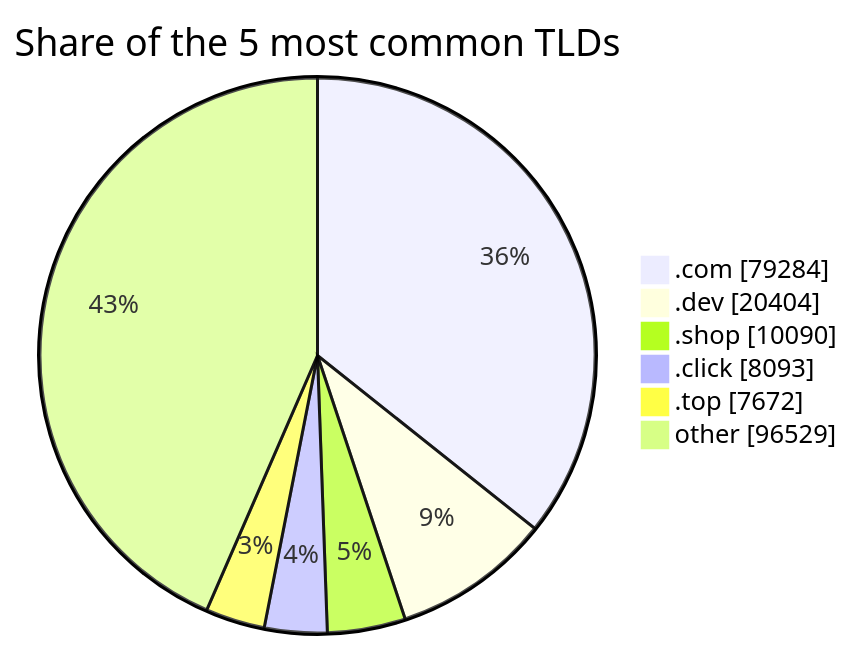
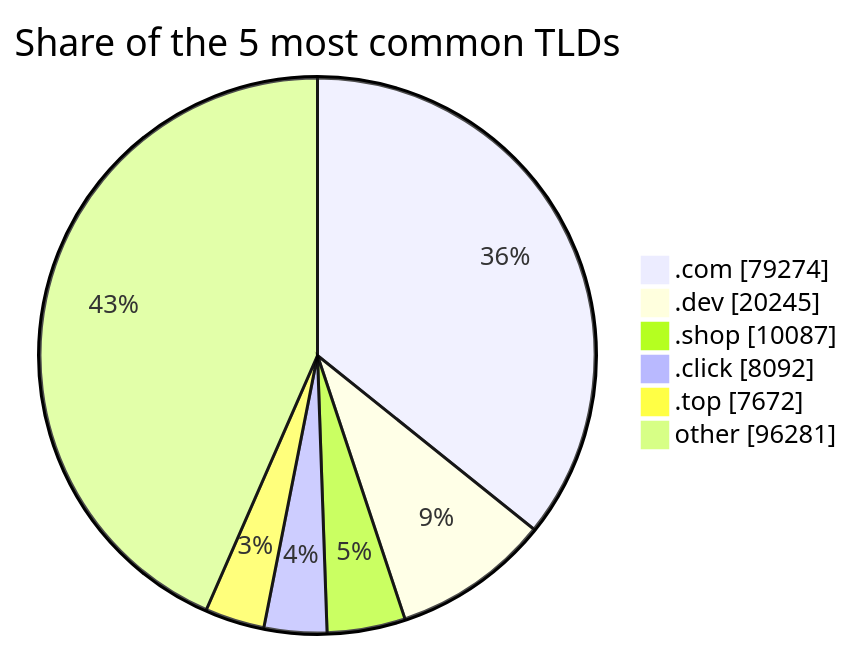
Before and after one commit to DNSBunker/CTI: the third of 3 diagrams in README.md, drawn with Mermaid. The commit also changed other lines of this file and 3 other files, not shown here.

````diff
--- a/README.md
+++ b/README.md
@@ -81,9 +81,9 @@
 ```mermaid
 pie showData title Share of the 5 most common TLDs
-    ".com" : 79284
-    ".dev" : 20404
-    ".shop" : 10090
-    ".click" : 8093
+    ".com" : 79274
+    ".dev" : 20245
+    ".shop" : 10087
+    ".click" : 8092
     ".top" : 7672
-    "other" : 96529
+    "other" : 96281
 ```
````
